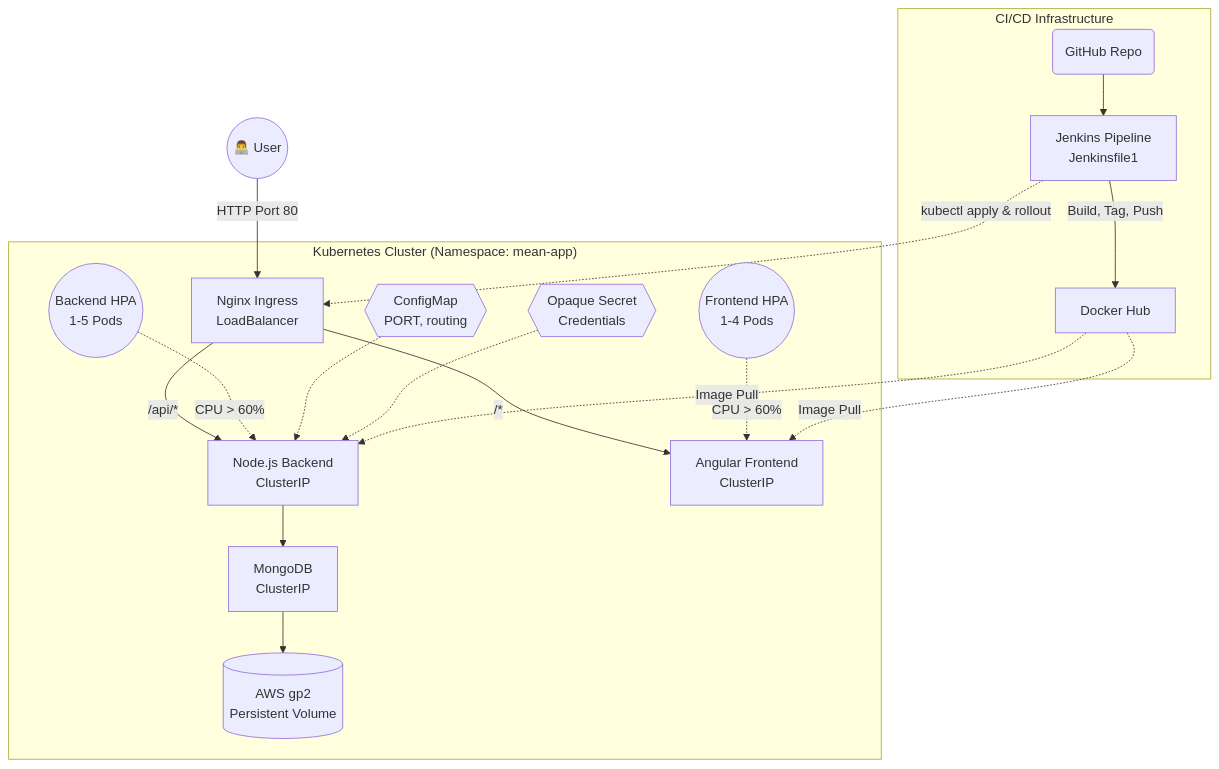
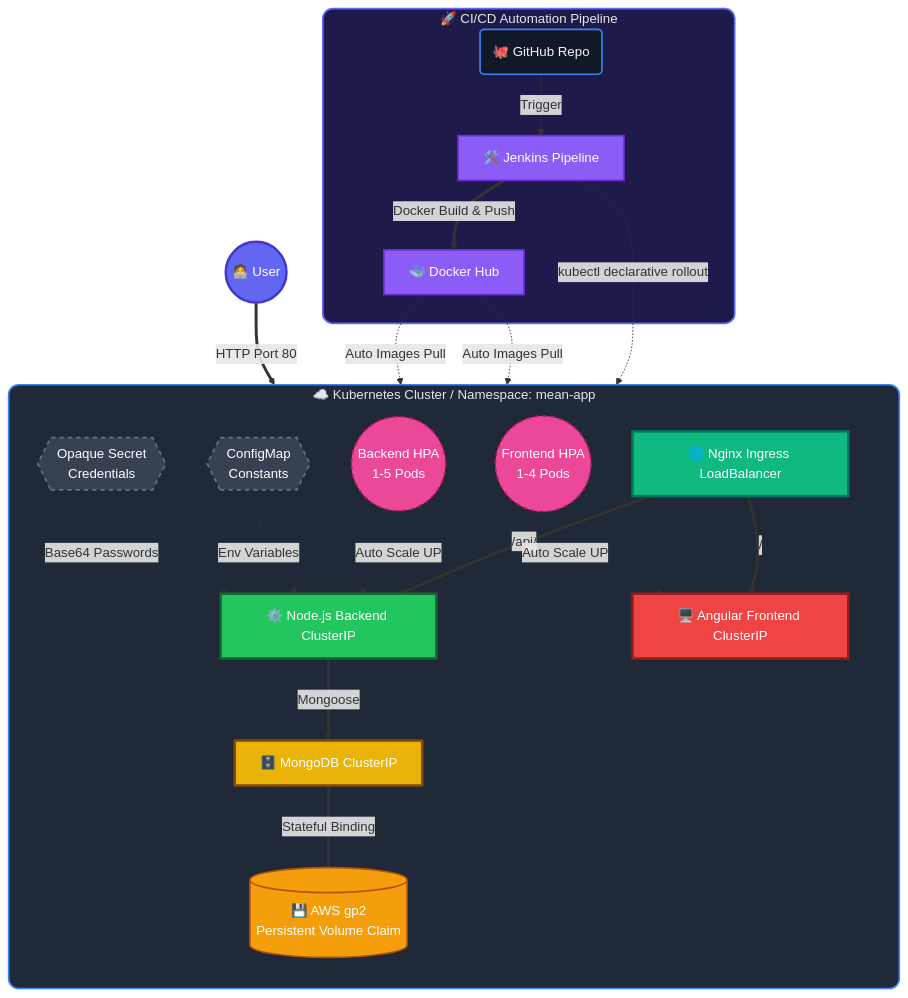
Before and after one commit to MoizAnsari-Dev/Enterprise_SaaS: the diagram in README.md, drawn with Mermaid.

Commit message:
docs: upgrade Mermaid diagram with custom CSS styling and dynamic edges

````diff
--- a/README.md
+++ b/README.md
@@ -61,33 +61,50 @@
 ```mermaid
-graph TD
-    %% Users & Entry
-    User((👨‍💻 User)) --> |HTTP Port 80| Nginx[Nginx Ingress <br/> LoadBalancer]
+flowchart TD
+    %% Custom Styling Definitions
+    classDef default fill:#111827,stroke:#3b82f6,stroke-width:2px,color:#f3f4f6
+    classDef user fill:#6366f1,stroke:#4338ca,stroke-width:3px,color:#ffffff
+    classDef loadbalancer fill:#10b981,stroke:#047857,stroke-width:3px,color:#ffffff
+    classDef backend fill:#22c55e,stroke:#166534,stroke-width:3px,color:#ffffff
+    classDef frontend fill:#ef4444,stroke:#991b1b,stroke-width:3px,color:#ffffff
+    classDef database fill:#eab308,stroke:#854d0e,stroke-width:3px,color:#ffffff
+    classDef storage fill:#f59e0b,stroke:#b45309,stroke-width:2px,color:#ffffff
+    classDef cicd fill:#8b5cf6,stroke:#6d28d9,stroke-width:2px,color:#ffffff
+    classDef config fill:#374151,stroke:#6b7280,stroke-width:2px,stroke-dasharray: 5 5,color:#ffffff
+    classDef hpa fill:#ec4899,stroke:#be185d,stroke-width:2px,stroke-dasharray: 5 5,color:#ffffff
+
+    %% User Interaction
+    User((🧑‍💻 User)):::user ==> |HTTP Port 80| Nginx[🌐 Nginx Ingress LoadBalancer]:::loadbalancer
     
-    %% Kubernetes Cluster
-    subgraph "Kubernetes Cluster (Namespace: mean-app)"
-        Nginx --> |/api/*| API[Node.js Backend <br/> ClusterIP]
-        Nginx --> |/*| WEB[Angular Frontend <br/> ClusterIP]
+    %% Kubernetes Workloads
+    subgraph K8S [☁️ Kubernetes Cluster / Namespace: mean-app]
+        direction TB
+        Nginx ==> |/api/| API[⚙️ Node.js Backend ClusterIP]:::backend
+        Nginx ==> |/| WEB[🖥️ Angular Frontend ClusterIP]:::frontend
         
-        API --> DB_SVC[MongoDB <br/> ClusterIP]
+        API ==> |Mongoose| DB_SVC[🗄️ MongoDB ClusterIP]:::database
         
-        %% Auto-scaling dependencies
-        HPA_B((Backend HPA <br/> 1-5 Pods)) -.-> |CPU > 60%| API
-        HPA_F((Frontend HPA <br/> 1-4 Pods)) -.-> |CPU > 60%| WEB
+        %% Horizontal Pod Autoscalers (HPA)
+        HPA_B((Backend HPA <br/> 1-5 Pods)):::hpa -.-> |Auto Scale UP| API
+        HPA_F((Frontend HPA <br/> 1-4 Pods)):::hpa -.-> |Auto Scale UP| WEB
         
-        %% Secrets / Configs dependencies
-        CM{{ConfigMap <br/> PORT, routing}} -.-> API
-        SEC{{Opaque Secret <br/> Credentials}} -.-> API
+        %% Kubernetes Secrets & ConfigMaps
+        CM{{ConfigMap <br/> Constants}}:::config -.-> |Env Variables| API
+        SEC{{Opaque Secret <br/> Credentials}}:::config -.-> |Base64 Passwords| API
         
-        %% Storage
-        DB_SVC --> PVC[(AWS gp2 <br/> Persistent Volume)]
+        %% Persistent Volumes
+        DB_SVC === |Stateful Binding| PVC[(💾 AWS gp2 <br/> Persistent Volume Claim)]:::storage
     end
 
-    %% CI / CD Pipeline
-    subgraph "CI/CD Infrastructure"
-        GH(GitHub Repo) --> J[Jenkins Pipeline <br/> Jenkinsfile1]
-        J --> |Build, Tag, Push| DHUB[Docker Hub]
-        DHUB -.-> |Image Pull| API
-        DHUB -.-> |Image Pull| WEB
-        J -.-> |kubectl apply & rollout| Nginx
+    %% Jenkins CI / CD Automation Pipeline
+    subgraph CI [🚀 CI/CD Automation Pipeline]
+        GH(🐙 GitHub Repo) --> |Trigger| J[🛠️ Jenkins Pipeline]:::cicd
+        J ==> |Docker Build & Push| DHUB[🐳 Docker Hub]:::cicd
+        DHUB -.-> |Auto Images Pull| API
+        DHUB -.-> |Auto Images Pull| WEB
+        J -.-> |kubectl declarative rollout| Nginx
     end
+
+    %% Beautiful Subgraph Styling (Dark Glassmorphism aesthetic)
+    style K8S fill:#1f2937,stroke:#3b82f6,stroke-width:2px,color:#e5e7eb,rx:12,ry:12
+    style CI fill:#1e1b4b,stroke:#6366f1,stroke-width:2px,color:#e5e7eb,rx:12,ry:12
 ```
````
